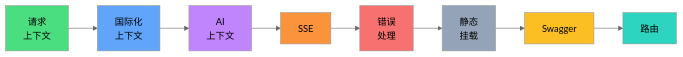
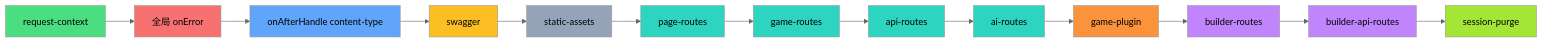
The ninth of 12 diagrams in README.md (d4551/tea), drawn with Mermaid (neutral theme) before and after one commit. The commit also changed other lines of this file and 35 other files, not shown here.

Commit message:
refactor game runtime contracts, builder persistence, and docs

````diff
--- a/README.md
+++ b/README.md
@@ -467,19 +597,29 @@
 ```mermaid
 flowchart LR
-  A["请求\n上下文"] --> B["国际化\n上下文"]
-  B --> C["AI\n上下文"]
-  C --> D["SSE"]
-  D --> E["错误\n处理"]
-  E --> F["静态\n挂载"]
-  F --> G["Swagger"]
-  G --> H["路由"]
+  A["request-context"] --> B["全局 onError"]
+  B --> C["onAfterHandle content-type"]
+  C --> D["swagger"]
+  D --> E["static-assets"]
+  E --> F["page-routes"]
+  F --> G["game-routes"]
+  G --> H["api-routes"]
+  H --> I["ai-routes"]
+  I --> J["game-plugin"]
+  J --> K["builder-routes"]
+  K --> L["builder-api-routes"]
+  L --> M["session-purge"]
 
   style A fill:#4ade80,color:#000
-  style B fill:#60a5fa,color:#000
-  style C fill:#c084fc,color:#000
-  style D fill:#fb923c,color:#000
-  style E fill:#f87171,color:#000
-  style F fill:#94a3b8,color:#000
-  style G fill:#fbbf24,color:#000
+  style B fill:#f87171,color:#000
+  style C fill:#60a5fa,color:#000
+  style D fill:#fbbf24,color:#000
+  style E fill:#94a3b8,color:#000
+  style F fill:#2dd4bf,color:#000
+  style G fill:#2dd4bf,color:#000
   style H fill:#2dd4bf,color:#000
+  style I fill:#2dd4bf,color:#000
+  style J fill:#fb923c,color:#000
+  style K fill:#c084fc,color:#000
+  style L fill:#c084fc,color:#000
+  style M fill:#a3e635,color:#000
 ```
````
